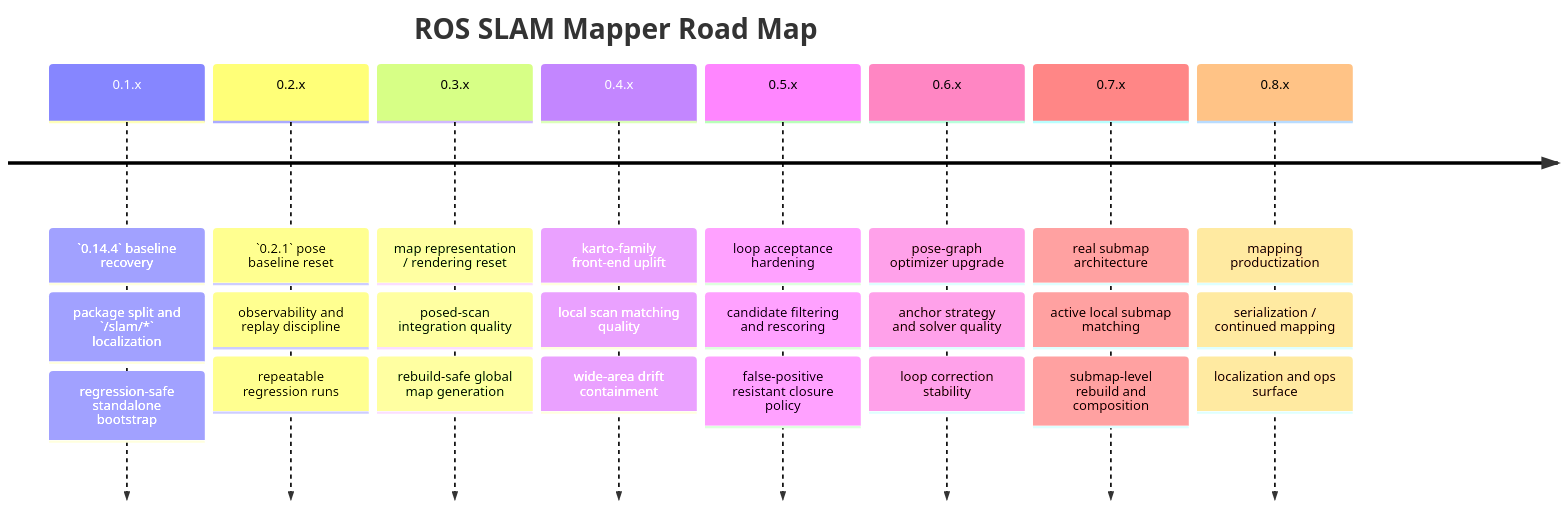
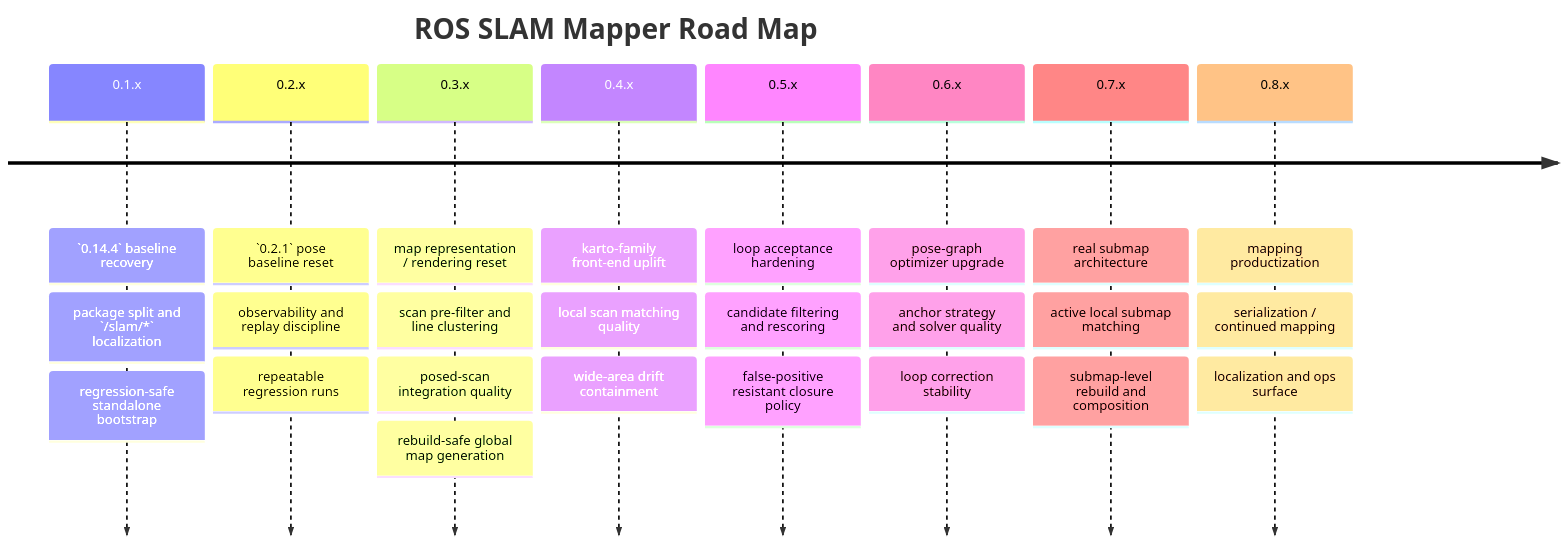
One commit to reidlo5135/ros-slam-mapper changed the first of 2 diagrams in TODO.md. Above: the diagram before and after it, drawn with Mermaid. The commit also changed other lines of this file and 10 other files, not shown here.

````diff
--- a/TODO.md
+++ b/TODO.md
@@ -3,28 +3,29 @@
 ```mermaid
 timeline
     title ROS SLAM Mapper Road Map
     0.1.x : `0.14.4` baseline recovery
           : package split and `/slam/*` localization
           : regression-safe standalone bootstrap
     0.2.x : `0.2.1` pose baseline reset
           : observability and replay discipline
           : repeatable regression runs
     0.3.x : map representation / rendering reset
+          : scan pre-filter and line clustering
           : posed-scan integration quality
           : rebuild-safe global map generation
     0.4.x : karto-family front-end uplift
           : local scan matching quality
           : wide-area drift containment
     0.5.x : loop acceptance hardening
           : candidate filtering and rescoring
           : false-positive resistant closure policy
     0.6.x : pose-graph optimizer upgrade
           : anchor strategy and solver quality
           : loop correction stability
     0.7.x : real submap architecture
           : active local submap matching
           : submap-level rebuild and composition
     0.8.x : mapping productization
           : serialization / continued mapping
           : localization and ops surface
 ```
````
